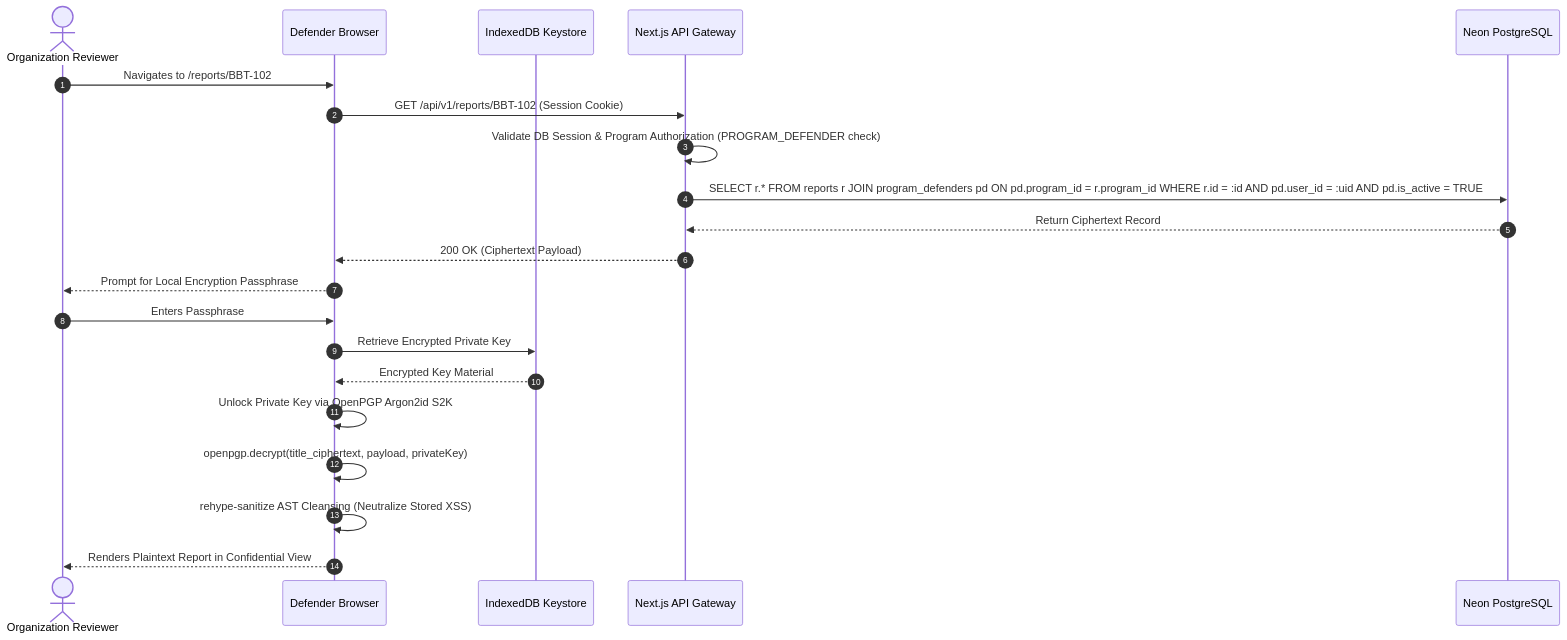
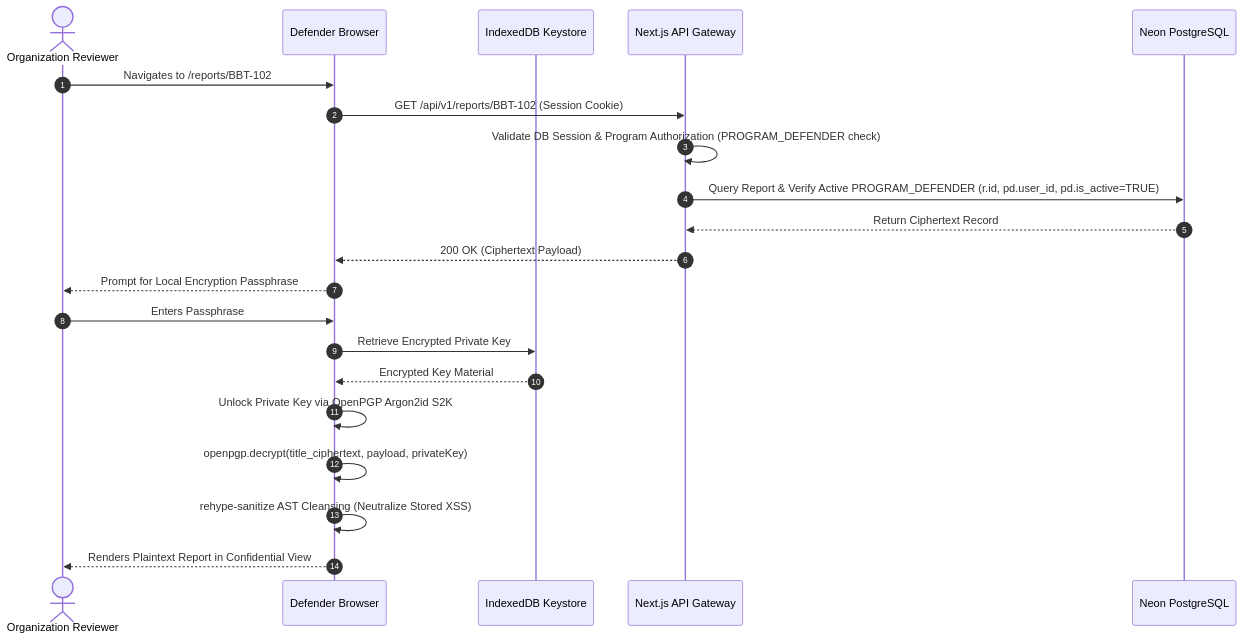
The fourth of 6 diagrams in requirements/SRS.md (Taha-Asad/BugBountyTracker), drawn with Mermaid before and after one commit. The commit also changed other lines of this file and 25 other files, not shown here.

Commit message:
docs(week2): audit and fix IEEE 830 SRS, regenerate monochrome high-DPI UML diagrams, and compile university-standard SRS.docx

````diff
--- a/requirements/SRS.md
+++ b/requirements/SRS.md
@@ -460,24 +485,24 @@
 ```mermaid
 sequenceDiagram
     autonumber
     actor Defender as Organization Reviewer
     participant Browser as Defender Browser
     participant KeyStore as IndexedDB Keystore
     participant Server as Next.js API Gateway
     participant DB as Neon PostgreSQL
 
     Defender->>Browser: Navigates to /reports/BBT-102
     Browser->>Server: GET /api/v1/reports/BBT-102 (Session Cookie)
     Server->>Server: Validate DB Session & Program Authorization (PROGRAM_DEFENDER check)
-    Server->>DB: SELECT r.* FROM reports r JOIN program_defenders pd ON pd.program_id = r.program_id WHERE r.id = :id AND pd.user_id = :uid AND pd.is_active = TRUE
+    Server->>DB: Query Report & Verify Active PROGRAM_DEFENDER (r.id, pd.user_id, pd.is_active=TRUE)
     DB-->>Server: Return Ciphertext Record
     Server-->>Browser: 200 OK (Ciphertext Payload)
     Browser-->>Defender: Prompt for Local Encryption Passphrase
     Defender->>Browser: Enters Passphrase
     Browser->>KeyStore: Retrieve Encrypted Private Key
     KeyStore-->>Browser: Encrypted Key Material
     Browser->>Browser: Unlock Private Key via OpenPGP Argon2id S2K
     Browser->>Browser: openpgp.decrypt(title_ciphertext, payload, privateKey)
     Browser->>Browser: rehype-sanitize AST Cleansing (Neutralize Stored XSS)
     Browser-->>Defender: Renders Plaintext Report in Confidential View
 ```
````
